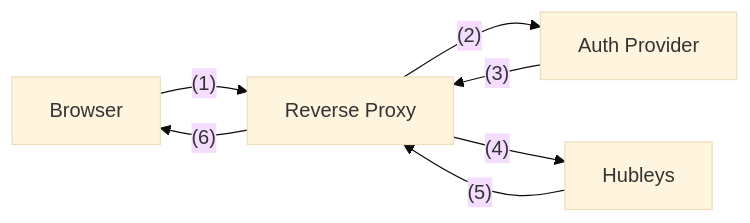
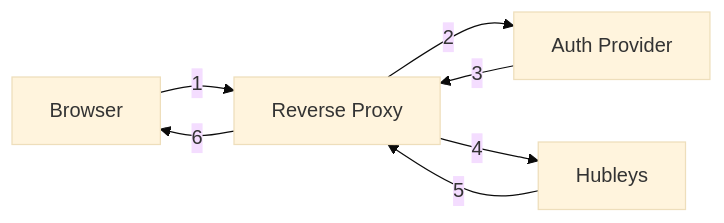
Before and after one commit to knrdl/hubleys-dashboard: the diagram in README.md, drawn with Mermaid (base theme).

````diff
--- a/README.md
+++ b/README.md
@@ -82,9 +82,13 @@
 ```mermaid
 graph LR
-client[Browser] --(1)--> proxy[Reverse Proxy]
-proxy --(2)--> idp[Auth Provider]
-idp --(3)--> proxy
-proxy --(4)--> app[Hubleys]
-app --(5)--> proxy
-proxy --(6)--> client
+client[Browser]
+proxy[Reverse Proxy]
+idp[Auth Provider]
+app[Hubleys]
+client --1--> proxy
+proxy --2--> idp
+idp --3--> proxy
+proxy --4--> app
+app --5--> proxy
+proxy --6--> client
 ```
````
